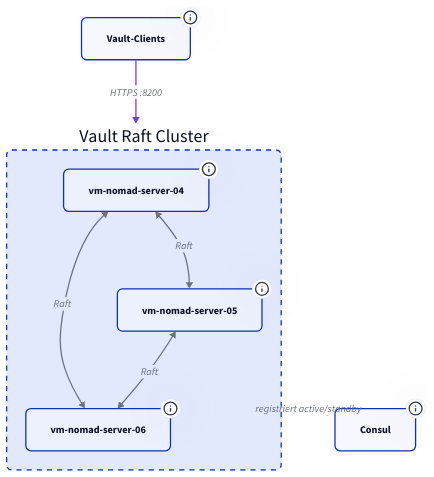
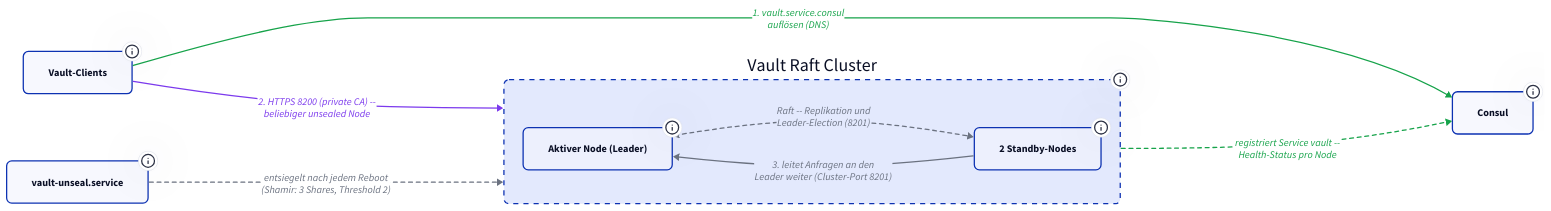
One commit to derever-labs/homelab-wiki changed the first of 2 diagrams in docs/plattform/vault/index.md. Above: the diagram before and after it, drawn with D2. The commit also changed other lines of this file, not shown here.

First line of the commit message:
docs(vault): Cluster-Sicht und WI-Fluss auf Mechanik umgebaut

````diff
--- a/docs/plattform/vault/index.md
+++ b/docs/plattform/vault/index.md
@@ -35,56 +43,50 @@
 ```d2
 classes: {
   node: { style: { border-radius: 8 } }
   container: { style: { border-radius: 8; stroke-dash: 4 } }
+  secrets: { style: { stroke: "#7c3aed"; font-color: "#7c3aed" } }
+  disco: { style: { stroke: "#16a34a"; font-color: "#16a34a" } }
+  disco-async: { style: { stroke: "#16a34a"; stroke-dash: 3; font-color: "#16a34a" } }
+  intern: { style: { stroke: "#6b7280"; font-color: "#6b7280" } }
+  intern-async: { style: { stroke: "#6b7280"; stroke-dash: 3; font-color: "#6b7280" } }
+}
+
+direction: right
+
+clients: Vault-Clients {
+  class: node
+  tooltip: "Nomad-Tasks via Workload Identity, Admin-CLI, nächtlicher Snapshot-Job"
+}
+
+Consul: Consul {
+  class: node
+  tooltip: "Health-Check pro Node -- ein sealed Node fällt aus der DNS-Antwort"
 }
 
 raft: Vault Raft Cluster {
   class: container
+  tooltip: "vm-nomad-server-04/05/06 -- je ein Vault-Prozess"
 
-  V1: vm-nomad-server-04 {
+  leader: Aktiver Node (Leader) {
     class: node
-    tooltip: "10.0.2.104 | Port 8200 (API) / 8201 (Cluster)"
+    tooltip: "einziger schreibender Node -- Schreib-Quorum 2 von 3"
   }
-  V2: vm-nomad-server-05 {
+  standby: 2 Standby-Nodes {
     class: node
-    tooltip: "10.0.2.105 | Port 8200 (API) / 8201 (Cluster)"
-  }
-  V3: vm-nomad-server-06 {
-    class: node
-    tooltip: "10.0.2.106 | Port 8200 (API) / 8201 (Cluster)"
+    tooltip: "nehmen Anfragen an, beantworten sie aber nicht selbst"
   }
 
-  V1 <-> V2: Raft {
-    style.stroke: "#6b7280"
-    tooltip: "Port 8201 | Datenreplikation und Leader Election"
-  }
-  V2 <-> V3: Raft {
-    style.stroke: "#6b7280"
-    tooltip: "Port 8201 | Datenreplikation und Leader Election"
-  }
-  V3 <-> V1: Raft {
-    style.stroke: "#6b7280"
-    tooltip: "Port 8201 | Datenreplikation und Leader Election"
-  }
+  standby -> leader: "3. leitet Anfragen an den\nLeader weiter (Cluster-Port 8201)" { class: intern }
+  leader <-> standby: "Raft -- Replikation und\nLeader-Election (8201)" { class: intern-async }
 }
 
-clients: Vault-Clients {
+unseal: vault-unseal.service {
   class: node
-  tooltip: "Nomad Tasks (Workload Identity, Ablauf siehe unten), Admin-CLI"
+  tooltip: "Boot-Service auf jedem Node -- liest die Shamir-Keys lokal aus /etc/vault.d/unseal-keys"
 }
 
-Consul: Consul {
-  class: node
-  tooltip: "Service Discovery: vault.service.consul und active.vault"
-}
-
-clients -> raft: HTTPS :8200 {
-  style.stroke: "#7c3aed"
-  tooltip: "Zugriff über vault.service.consul -- kein fest verdrahteter Node"
-}
-raft -> Consul: registriert active/standby {
-  style.stroke: "#6b7280"
-  style.stroke-dash: 3
-  tooltip: "Jeder Node meldet seinen Zustand, Consul löst auf den aktiven Leader auf"
-}
+clients -> Consul: "1. vault.service.consul\nauflösen (DNS)" { class: disco }
+clients -> raft: "2. HTTPS 8200 (private CA) --\nbeliebiger unsealed Node" { class: secrets }
+raft -> Consul: "registriert Service vault --\nHealth-Status pro Node" { class: disco-async }
+unseal -> raft: "entsiegelt nach jedem Reboot\n(Shamir: 3 Shares, Threshold 2)" { class: intern-async }
 ```
````
